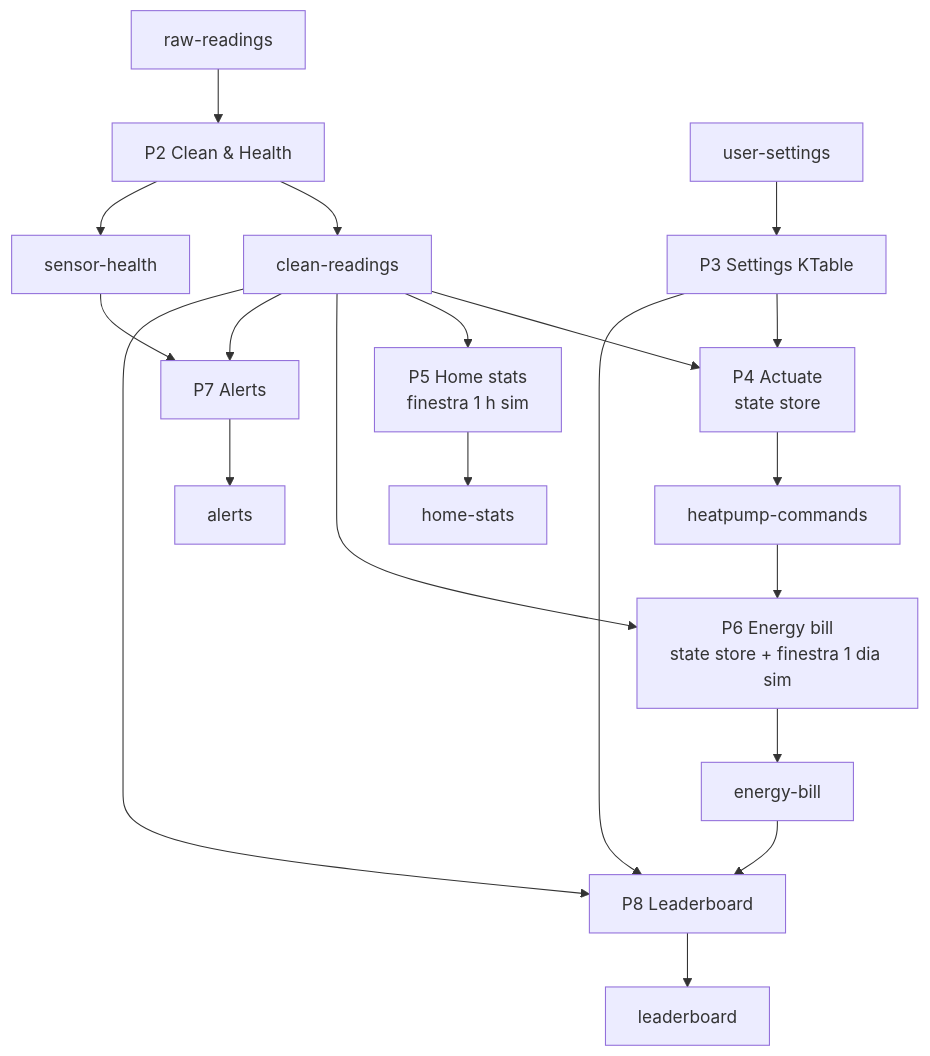
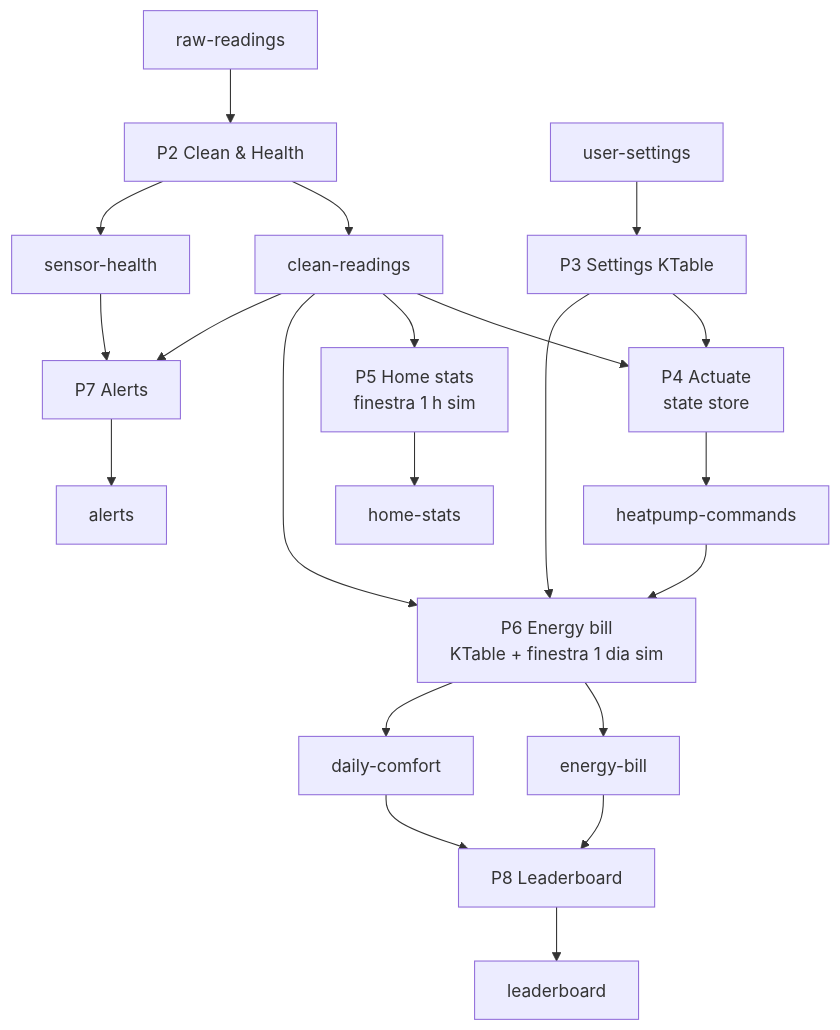
One commit to AgustiPrat/cd-project1-iot changed the second of 2 diagrams in docs/arquitectura.md. Above: the diagram before and after it, drawn with Mermaid. The commit also changed other lines of this file and 1 other file, not shown here.

First line of the commit message:
Add agreed technical decisions and align architecture

````diff
--- a/docs/arquitectura.md
+++ b/docs/arquitectura.md
@@ -121,22 +122,23 @@
 ```mermaid
 flowchart TB
   RAW[raw-readings] --> P2["P2 Clean & Health"]
   SET[user-settings] --> P3[P3 Settings KTable]
   P2 --> CLEAN[clean-readings]
   P2 --> HEALTH[sensor-health]
   CLEAN --> P4[P4 Actuate<br/>state store]
   P3 --> P4
   P4 --> CMDS[heatpump-commands]
   CLEAN --> P5[P5 Home stats<br/>finestra 1 h sim]
   P5 --> STATS[home-stats]
-  CMDS --> P6[P6 Energy bill<br/>state store + finestra 1 dia sim]
+  CMDS --> P6[P6 Energy bill<br/>KTable + finestra 1 dia sim]
   CLEAN --> P6
+  P3 --> P6
   P6 --> BILL[energy-bill]
+  P6 --> COMF[daily-comfort]
   CLEAN --> P7[P7 Alerts]
   HEALTH --> P7
   P7 --> ALERTS[alerts]
   BILL --> P8[P8 Leaderboard]
-  CLEAN --> P8
-  P3 --> P8
+  COMF --> P8
   P8 --> LB[leaderboard]
 ```
````
